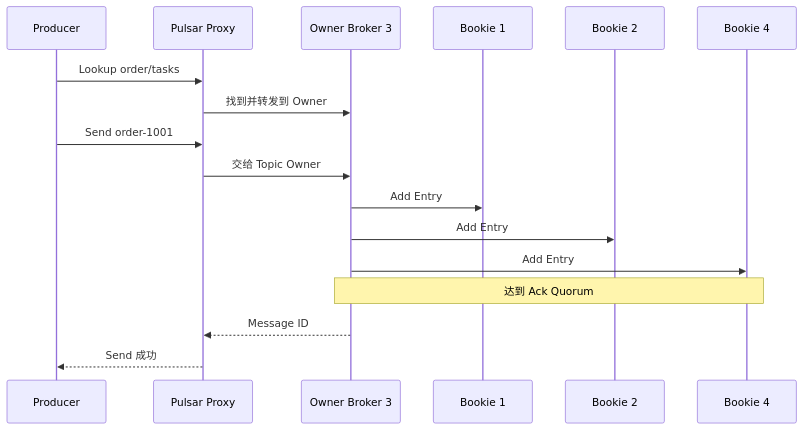
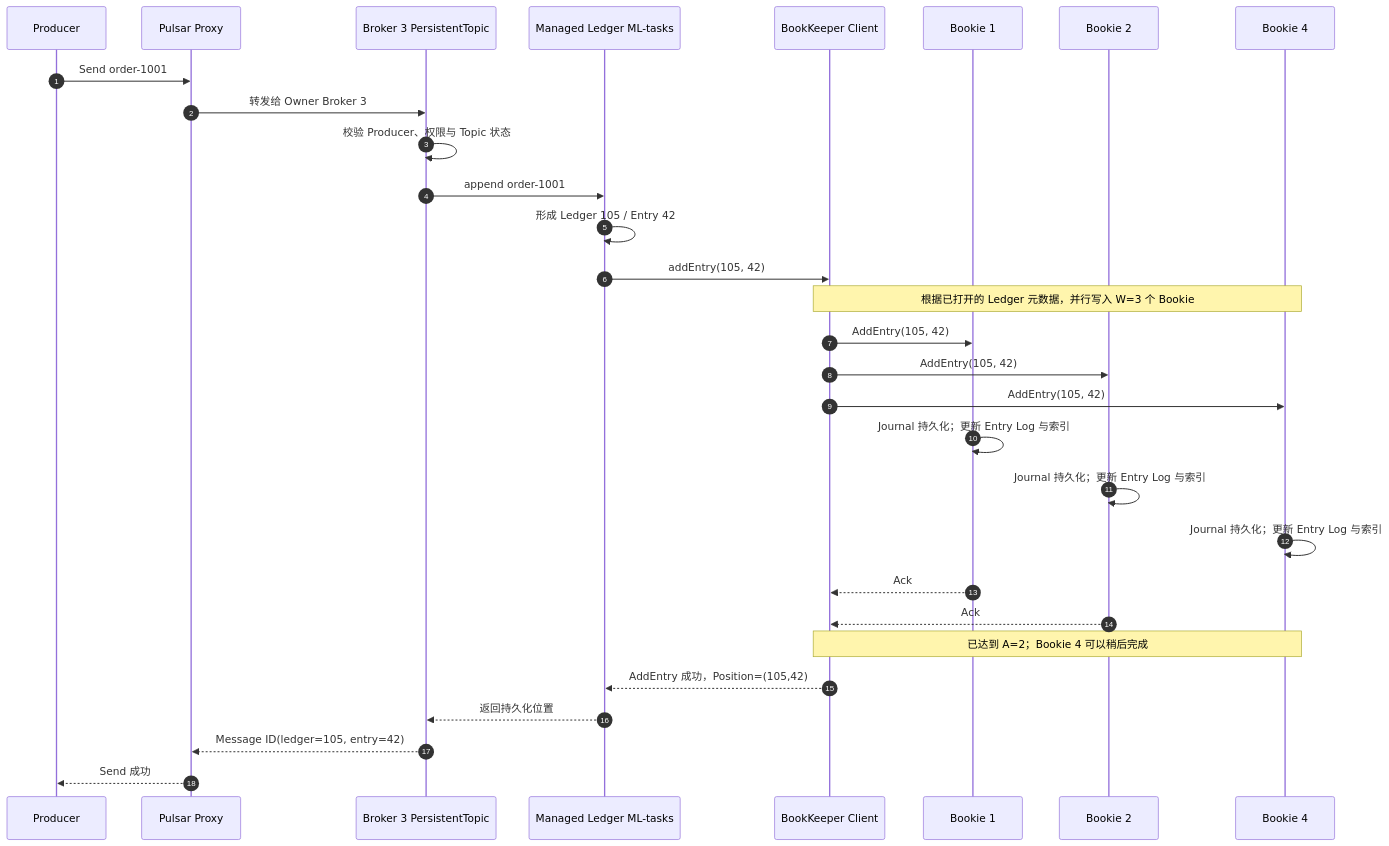
The fourth of 8 diagrams in posts/microservices/queue/031_pulsar.md (hotttao/backup), drawn with Mermaid before and after one commit. The commit also changed other lines of this file and 2 other files, not shown here.

````diff
--- a/posts/microservices/queue/031_pulsar.md
+++ b/posts/microservices/queue/031_pulsar.md
@@ -184,20 +658,33 @@
 ```mermaid
 sequenceDiagram
+    autonumber
     participant P as Producer
     participant PX as Pulsar Proxy
-    participant B as Owner Broker 3
+    participant T as Broker 3 PersistentTopic
+    participant ML as Managed Ledger ML-tasks
+    participant BK as BookKeeper Client
     participant K1 as Bookie 1
     participant K2 as Bookie 2
     participant K4 as Bookie 4
 
-    P->>PX: Lookup order/tasks
-    PX->>B: 找到并转发到 Owner
     P->>PX: Send order-1001
-    PX->>B: 交给 Topic Owner
-    B->>K1: Add Entry
-    B->>K2: Add Entry
-    B->>K4: Add Entry
-    Note over B,K4: 达到 Ack Quorum
-    B-->>PX: Message ID
+    PX->>T: 转发给 Owner Broker 3
+    T->>T: 校验 Producer、权限与 Topic 状态
+    T->>ML: append order-1001
+    ML->>ML: 形成 Ledger 105 / Entry 42
+    ML->>BK: addEntry(105, 42)
+    Note over BK,K4: 根据已打开的 Ledger 元数据，并行写入 W=3 个 Bookie
+    BK->>K1: AddEntry(105, 42)
+    BK->>K2: AddEntry(105, 42)
+    BK->>K4: AddEntry(105, 42)
+    K1->>K1: Journal 持久化；更新 Entry Log 与索引
+    K2->>K2: Journal 持久化；更新 Entry Log 与索引
+    K4->>K4: Journal 持久化；更新 Entry Log 与索引
+    K1-->>BK: Ack
+    K2-->>BK: Ack
+    Note over BK,K4: 已达到 A=2；Bookie 4 可以稍后完成
+    BK-->>ML: AddEntry 成功，Position=(105,42)
+    ML-->>T: 返回持久化位置
+    T-->>PX: Message ID(ledger=105, entry=42)
     PX-->>P: Send 成功
 ```
````
